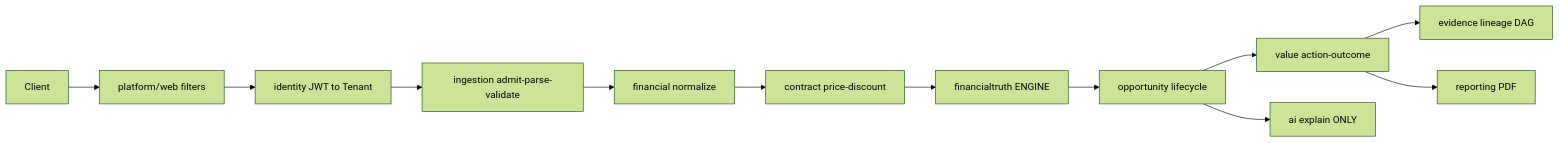
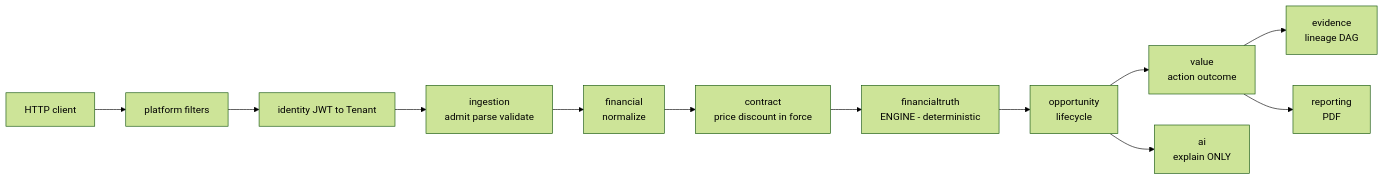
The diagram in docs/code-flow/README.md (karthi234231/AI_CFO), drawn with Mermaid (forest theme) before and after one commit. The commit also changed other lines of this file and 36 other files, not shown here.

````diff
--- a/docs/code-flow/README.md
+++ b/docs/code-flow/README.md
@@ -36,14 +68,14 @@
 ```mermaid
 flowchart LR
-  Client --> Web["platform/web filters"]
+  Client["HTTP client"] --> Web["platform filters"]
   Web --> Sec["identity JWT to Tenant"]
-  Sec --> Ing["ingestion admit-parse-validate"]
-  Ing --> Fin["financial normalize"]
-  Fin --> Con["contract price-discount"]
-  Con --> Truth["financialtruth ENGINE"]
-  Truth --> Opp["opportunity lifecycle"]
-  Opp --> Val["value action-outcome"]
-  Val --> Evi["evidence lineage DAG"]
-  Opp --> AI["ai explain ONLY"]
-  Val --> Rep["reporting PDF"]
+  Sec --> Ing["ingestion<br/>admit parse validate"]
+  Ing --> Fin["financial<br/>normalize"]
+  Fin --> Con["contract<br/>price discount in force"]
+  Con --> Truth["financialtruth<br/>ENGINE - deterministic"]
+  Truth --> Opp["opportunity<br/>lifecycle"]
+  Opp --> Val["value<br/>action outcome"]
+  Val --> Evi["evidence<br/>lineage DAG"]
+  Opp --> AI["ai<br/>explain ONLY"]
+  Val --> Rep["reporting<br/>PDF"]
 ```
````
